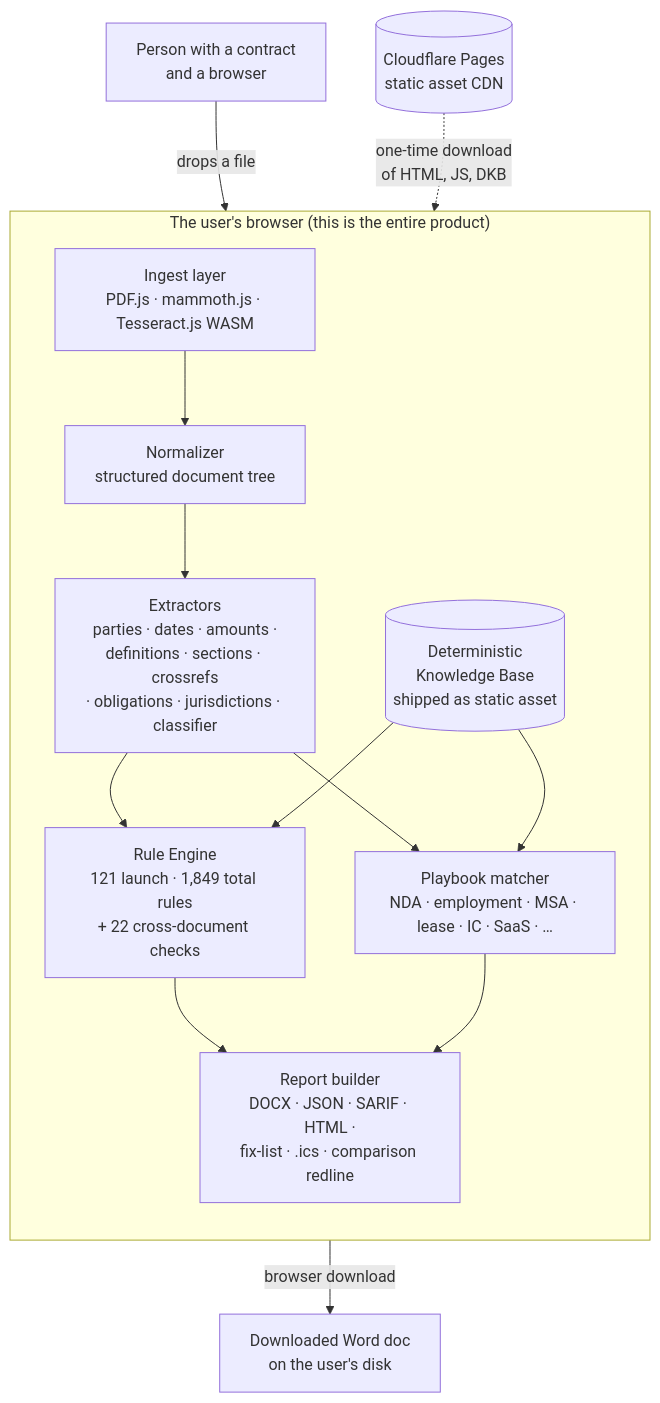
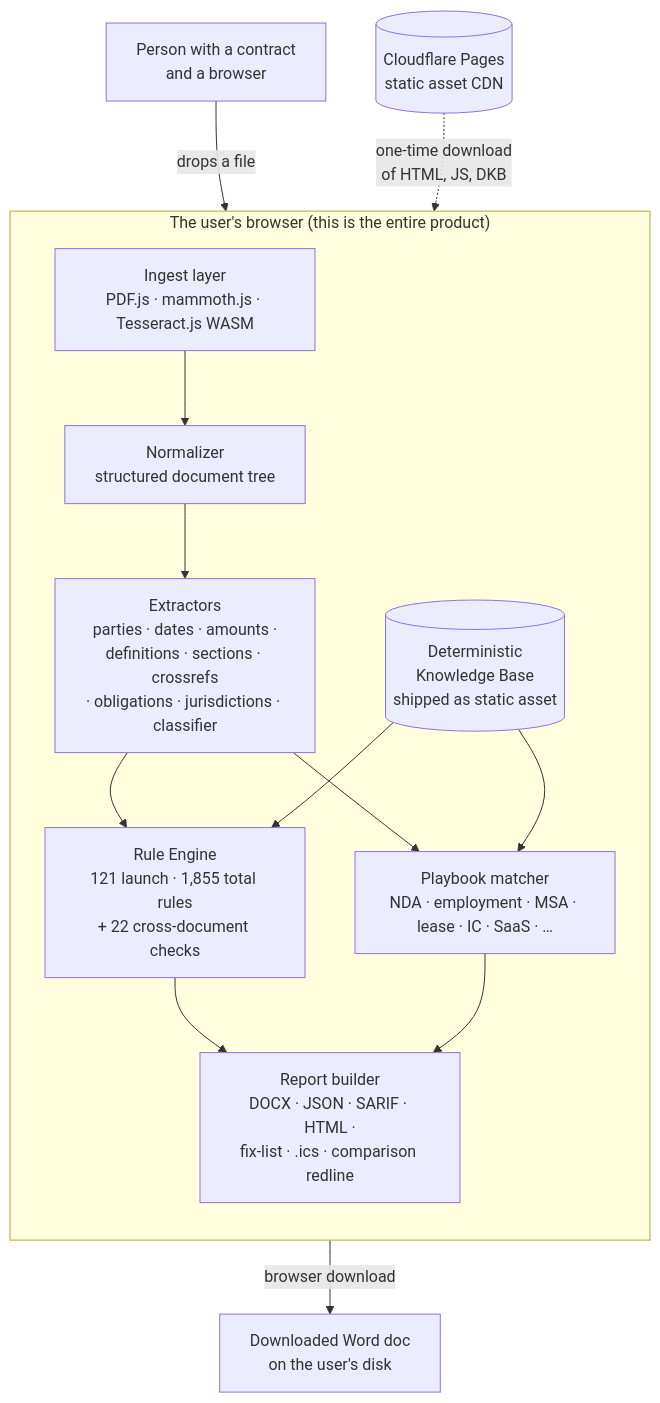
The diagram in docs/architecture.md (clay-good/vaulytica), drawn with Mermaid before and after one commit. The commit also changed other lines of this file and 398 other files, not shown here.

````diff
--- a/docs/architecture.md
+++ b/docs/architecture.md
@@ -5,28 +5,28 @@
 ```mermaid
 flowchart TB
     user[Person with a contract<br/>and a browser]
 
     subgraph browser["The user's browser (this is the entire product)"]
         direction TB
         ingest[Ingest layer<br/>PDF.js · mammoth.js · Tesseract.js WASM]
         normalize[Normalizer<br/>structured document tree]
         extract[Extractors<br/>parties · dates · amounts ·<br/>definitions · sections · crossrefs<br/>· obligations · jurisdictions · classifier]
-        engine[Rule Engine<br/>121 launch · 1,849 total rules<br/>+ 22 cross-document checks]
+        engine[Rule Engine<br/>121 launch · 1,855 total rules<br/>+ 22 cross-document checks]
         playbook[Playbook matcher<br/>NDA · employment · MSA · lease · IC · SaaS · …]
         dkb[(Deterministic<br/>Knowledge Base<br/>shipped as static asset)]
         report[Report builder<br/>DOCX · JSON · SARIF · HTML ·<br/>fix-list · .ics · comparison redline]
     end
 
     cdn[(Cloudflare Pages<br/>static asset CDN)]
     download[Downloaded Word doc<br/>on the user's disk]
 
     user -- "drops a file" --> ingest
     cdn -. "one-time download<br/>of HTML, JS, DKB" .-> browser
     ingest --> normalize --> extract --> engine
     extract --> playbook
     dkb --> engine
     dkb --> playbook
     engine --> report
     playbook --> report
     report -- "browser download" --> download
 ```
````
